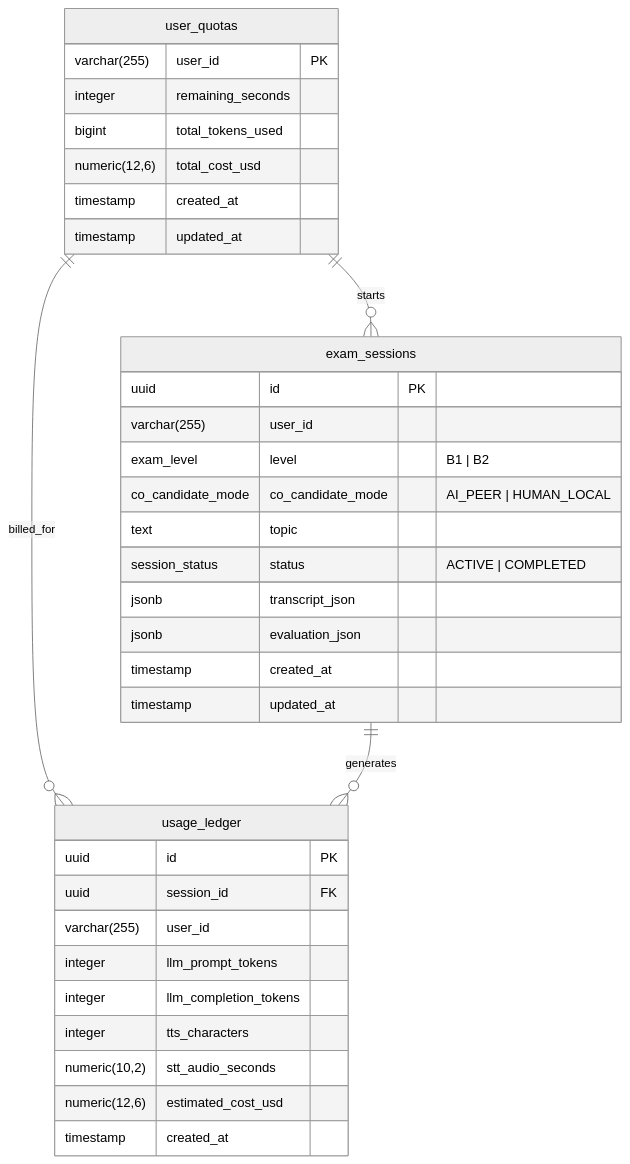
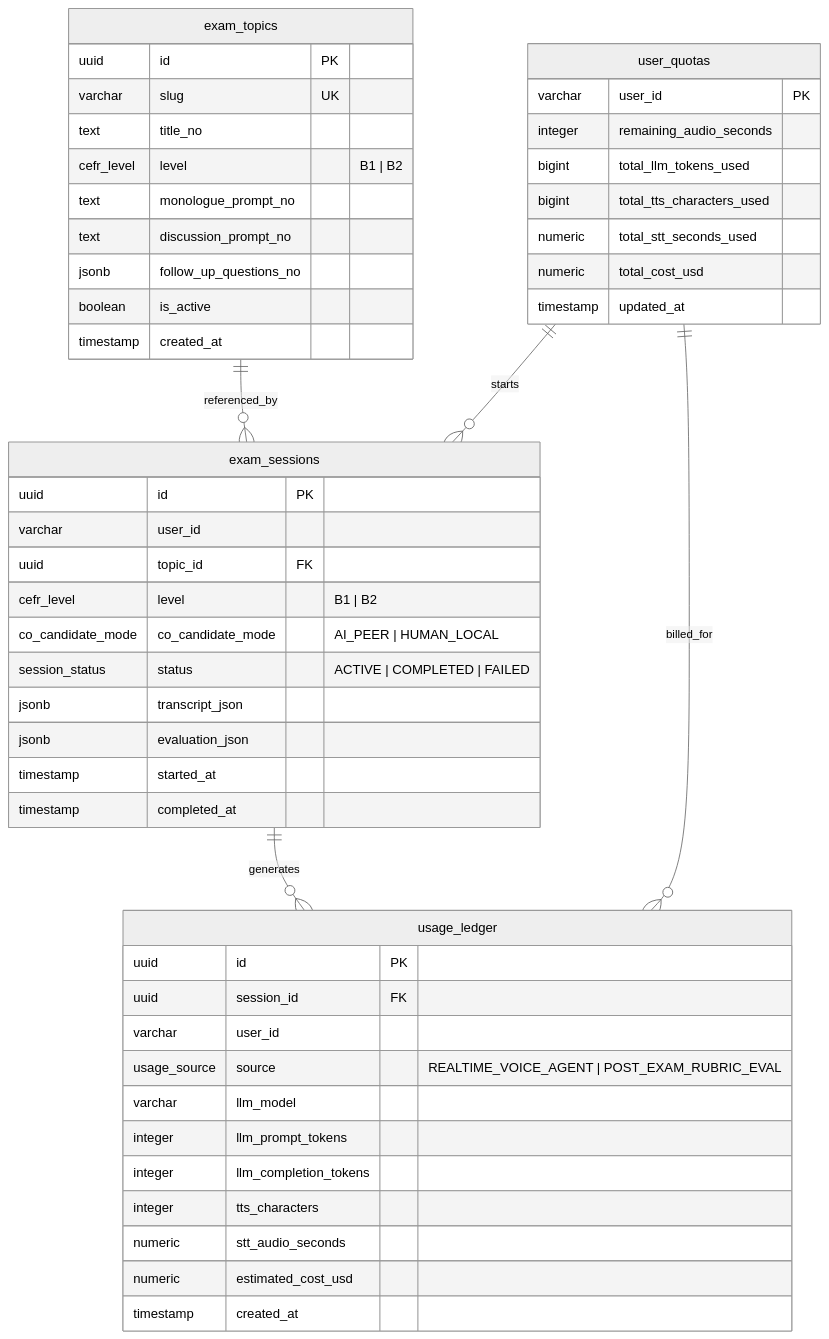
Before and after one commit to mujtabanaqvi/norsk-app: the diagram in docs/DATABASE_SCHEMA.md, drawn with Mermaid (neutral theme). The commit also changed other lines of this file and 13 other files, not shown here.

````diff
--- a/docs/DATABASE_SCHEMA.md
+++ b/docs/DATABASE_SCHEMA.md
@@ -9,40 +9,56 @@
 ```mermaid
 erDiagram
+    exam_topics ||--o{ exam_sessions : "referenced_by"
     user_quotas ||--o{ exam_sessions : "starts"
     user_quotas ||--o{ usage_ledger : "billed_for"
     exam_sessions ||--o{ usage_ledger : "generates"
 
+    exam_topics {
+        uuid id PK
+        varchar slug UK
+        text title_no
+        cefr_level level "B1 | B2"
+        text monologue_prompt_no
+        text discussion_prompt_no
+        jsonb follow_up_questions_no
+        boolean is_active
+        timestamp created_at
+    }
+
     user_quotas {
-        varchar(255) user_id PK
-        integer remaining_seconds
-        bigint total_tokens_used
-        numeric(12,6) total_cost_usd
-        timestamp created_at
+        varchar user_id PK
+        integer remaining_audio_seconds
+        bigint total_llm_tokens_used
+        bigint total_tts_characters_used
+        numeric total_stt_seconds_used
+        numeric total_cost_usd
         timestamp updated_at
     }
 
     exam_sessions {
         uuid id PK
-        varchar(255) user_id
-        exam_level level "B1 | B2"
+        varchar user_id
+        uuid topic_id FK
+        cefr_level level "B1 | B2"
         co_candidate_mode co_candidate_mode "AI_PEER | HUMAN_LOCAL"
-        text topic
-        session_status status "ACTIVE | COMPLETED"
+        session_status status "ACTIVE | COMPLETED | FAILED"
         jsonb transcript_json
         jsonb evaluation_json
-        timestamp created_at
-        timestamp updated_at
+        timestamp started_at
+        timestamp completed_at
     }
 
     usage_ledger {
         uuid id PK
         uuid session_id FK
-        varchar(255) user_id
+        varchar user_id
+        usage_source source "REALTIME_VOICE_AGENT | POST_EXAM_RUBRIC_EVAL"
+        varchar llm_model
         integer llm_prompt_tokens
         integer llm_completion_tokens
         integer tts_characters
-        numeric(10,2) stt_audio_seconds
-        numeric(12,6) estimated_cost_usd
+        numeric stt_audio_seconds
+        numeric estimated_cost_usd
         timestamp created_at
     }
 ```
````
